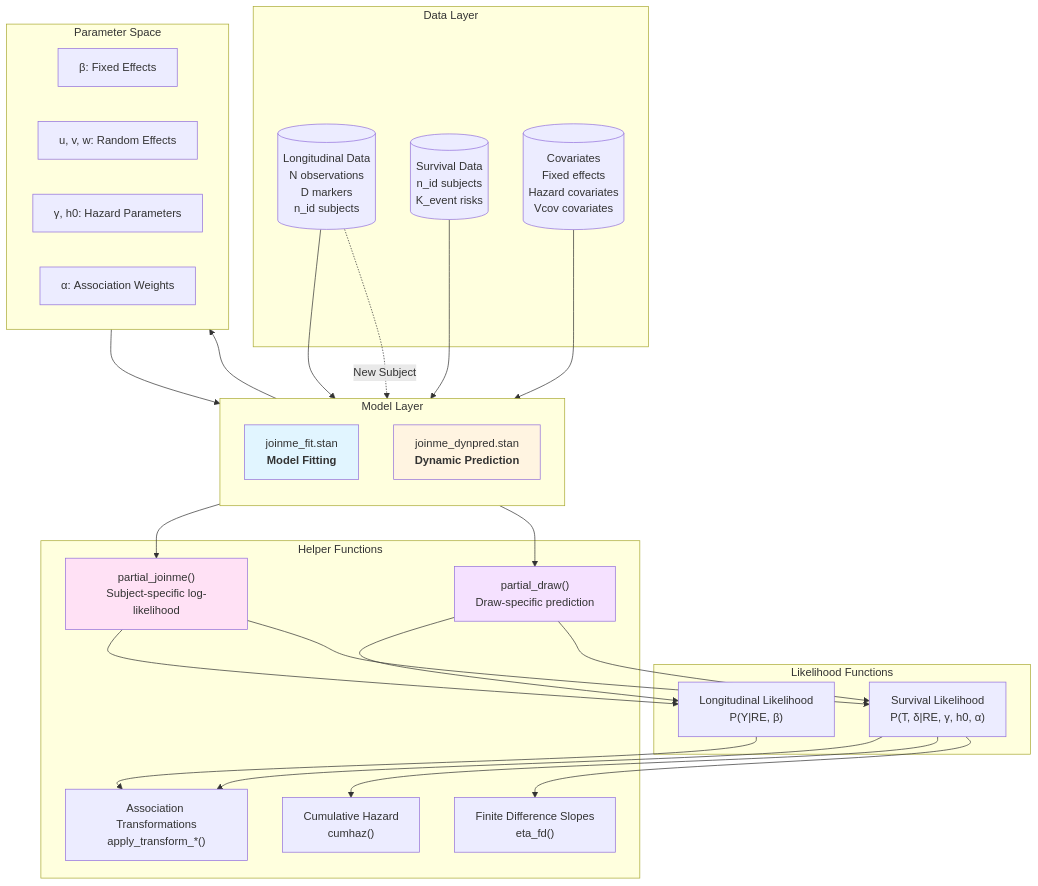
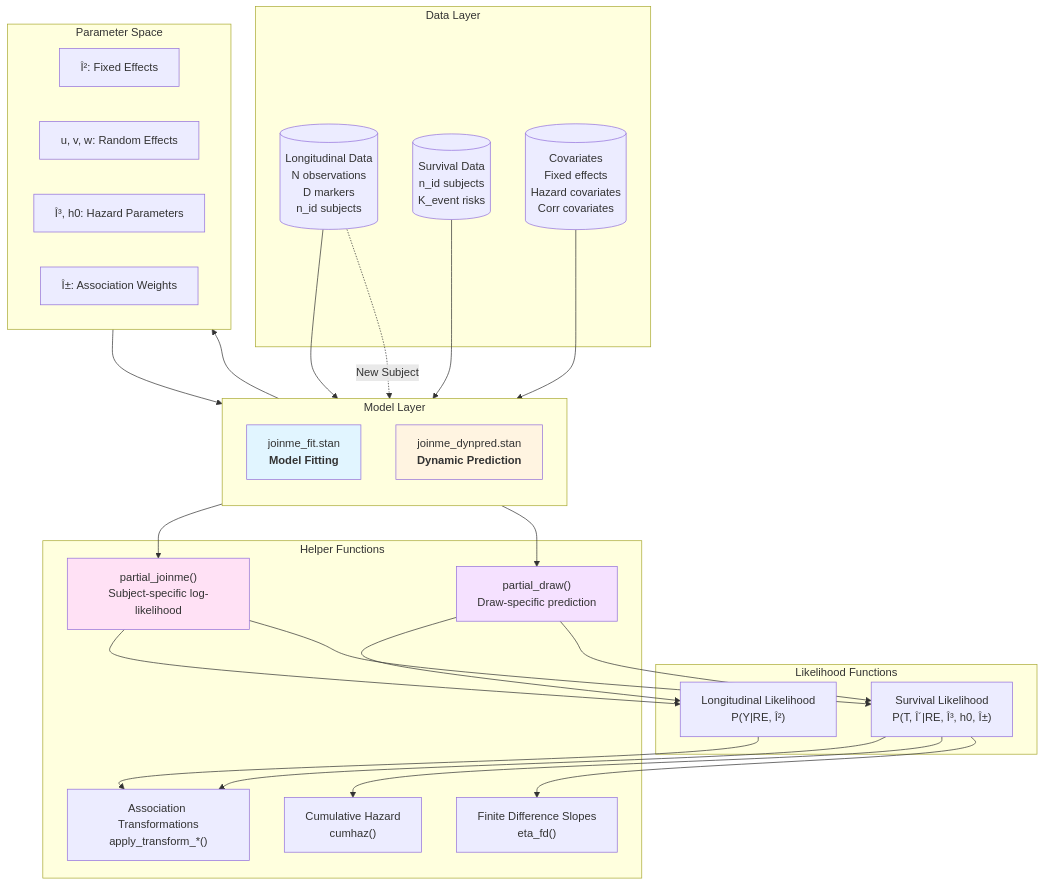
Before and after one commit to trinhdhk/joinme: the first of 3 diagrams in notes/joinme-stan-architecture.qmd, drawn with Mermaid. The commit also changed other lines of this file and 76 other files, not shown here.

````diff
--- a/notes/joinme-stan-architecture.qmd
+++ b/notes/joinme-stan-architecture.qmd
@@ -73,63 +77,63 @@
 ```{mermaid}
 %%| fig-width: 100%
 flowchart TD
     subgraph Data["Data Layer"]
         LongData[("Longitudinal Data<br/>N observations<br/>D markers<br/>n_id subjects")]
         EventData[("Survival Data<br/>n_id subjects<br/>K_event risks")]
-        Covariates[("Covariates<br/>Fixed effects<br/>Hazard covariates<br/>Vcov covariates")]
+        Covariates[("Covariates<br/>Fixed effects<br/>Hazard covariates<br/>Corr covariates")]
     end
     
     subgraph Model["Model Layer"]
         direction TB
         FitModel["joinme_fit.stan<br/><b>Model Fitting</b>"]
         DynPred["joinme_dynpred.stan<br/><b>Dynamic Prediction</b>"]
     end
     
     subgraph Parameters["Parameter Space"]
         direction LR
-        FixedEffects["β: Fixed Effects"]
+        FixedEffects["Î²: Fixed Effects"]
         RandomEffects["u, v, w: Random Effects"]
-        Hazard["γ, h0: Hazard Parameters"]
-        Association["α: Association Weights"]
+        Hazard["Î³, h0: Hazard Parameters"]
+        Association["Î±: Association Weights"]
     end
     
     subgraph Likelihood["Likelihood Functions"]
-        LongLik["Longitudinal Likelihood<br/>P(Y|RE, β)"]
-        SurvLik[" Survival Likelihood<br/>P(T, δ|RE, γ, h0, α)"]
+        LongLik["Longitudinal Likelihood<br/>P(Y|RE, Î²)"]
+        SurvLik[" Survival Likelihood<br/>P(T, Î´|RE, Î³, h0, Î±)"]
     end
     
    subgraph Helpers["Helper Functions"]
         PartialFit["partial_joinme()<br/>Subject-specific log-likelihood"]
         PartialDynPred["partial_draw()<br/>Draw-specific prediction"]
         Transform["Association Transformations<br/>apply_transform_*()"]
         CumHaz["Cumulative Hazard<br/>cumhaz()"]
         EtaFD["Finite Difference Slopes<br/>eta_fd()"]
     end
     
     LongData --> FitModel
     EventData --> FitModel
     Covariates --> FitModel
     
     FitModel --> Parameters
     Parameters --> DynPred
     LongData -.->|New Subject| DynPred
     
     FitModel --> PartialFit
     DynPred --> PartialDynPred
     
     PartialFit --> LongLik
     PartialFit --> SurvLik
     
     PartialDynPred --> LongLik
     PartialDynPred --> SurvLik
     
     LongLik --> Transform
     SurvLik --> Transform
     SurvLik --> CumHaz
     SurvLik --> EtaFD
     
     style FitModel fill:#e1f5ff
     style DynPred fill:#fff4e1
     style PartialFit fill:#ffe1f5
     style PartialDynPred fill:#f5e1ff
 ```
````
